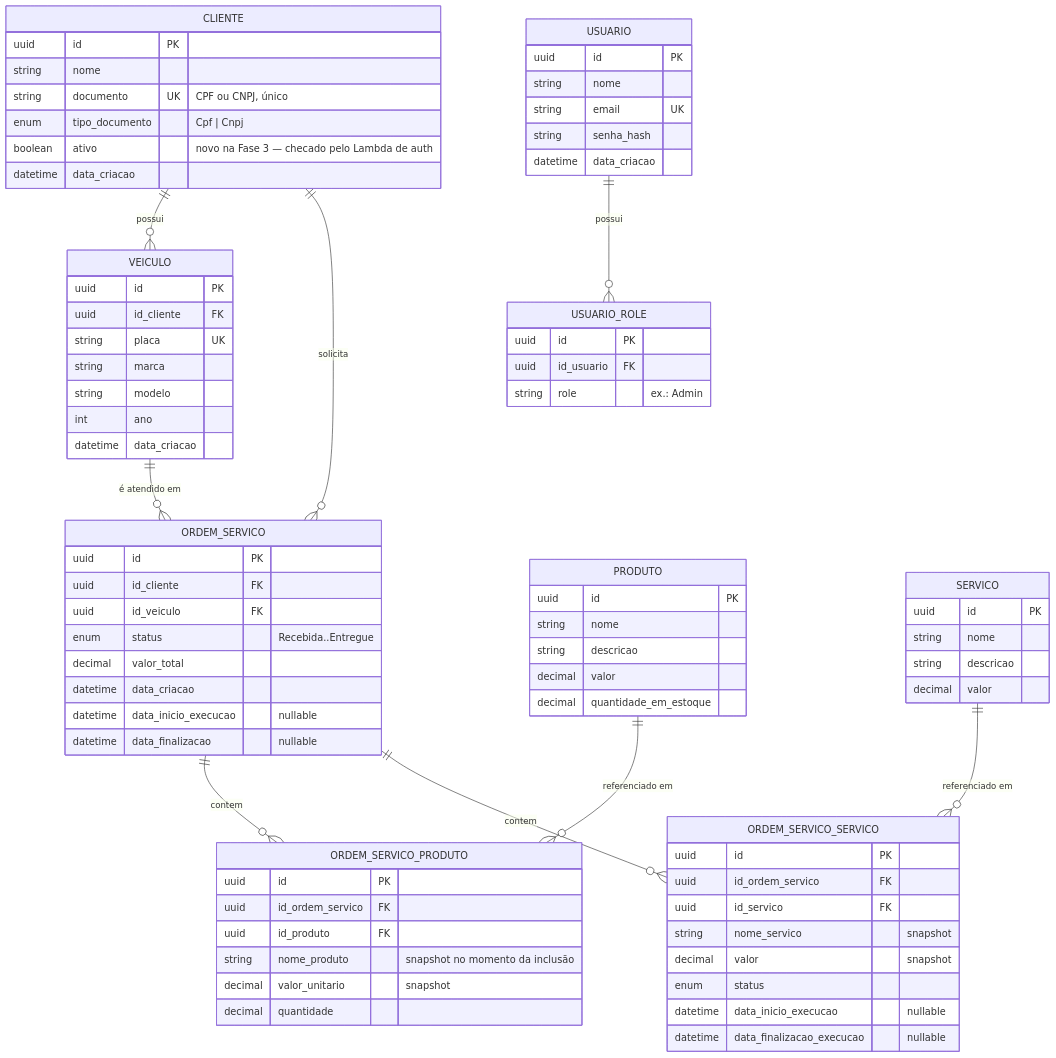
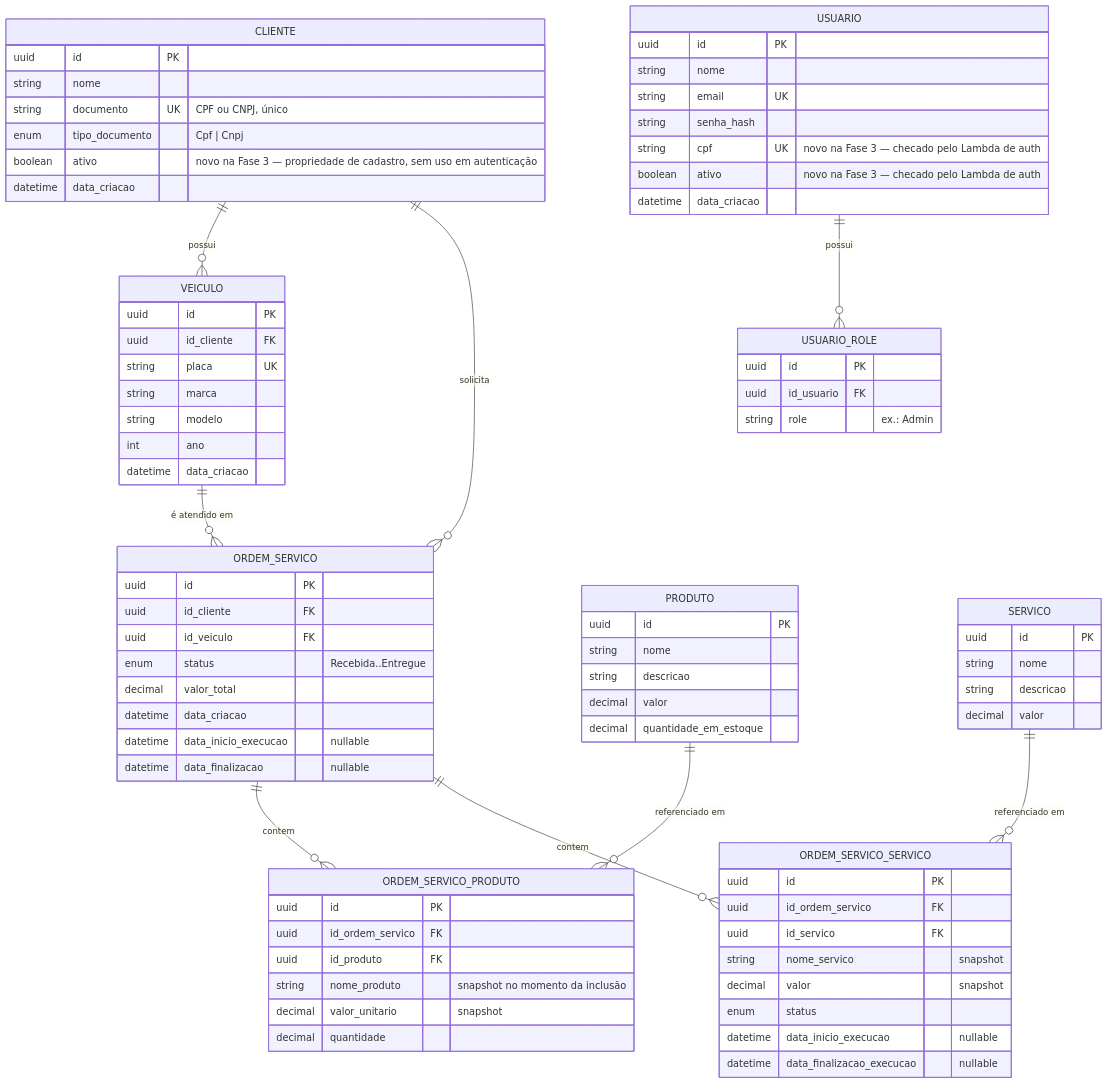
One commit to monnclaro/soat-tech-challenge changed the diagram in docs/der.md. Above: the diagram before and after it, drawn with Mermaid. The commit also changed other lines of this file and 23 other files, not shown here.

```diff
--- a/docs/der.md
+++ b/docs/der.md
@@ -18,7 +18,7 @@
         string nome
         string documento UK "CPF ou CNPJ, único"
         enum tipo_documento "Cpf | Cnpj"
-        boolean ativo "novo na Fase 3 — checado pelo Lambda de auth"
+        boolean ativo "novo na Fase 3 — propriedade de cadastro, sem uso em autenticação"
         datetime data_criacao
     }
 
@@ -37,6 +37,8 @@
         string nome
         string email UK
         string senha_hash
+        string cpf UK "novo na Fase 3 — checado pelo Lambda de auth"
+        boolean ativo "novo na Fase 3 — checado pelo Lambda de auth"
         datetime data_criacao
     }
 
```
